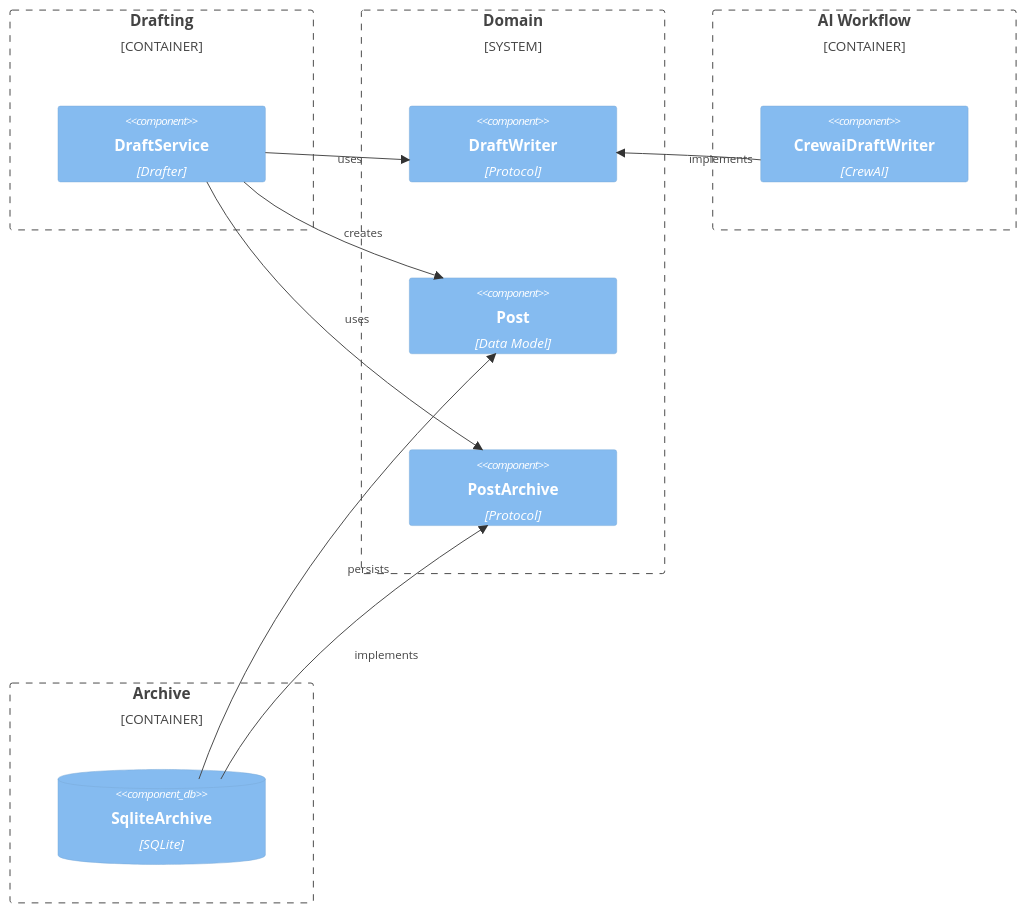
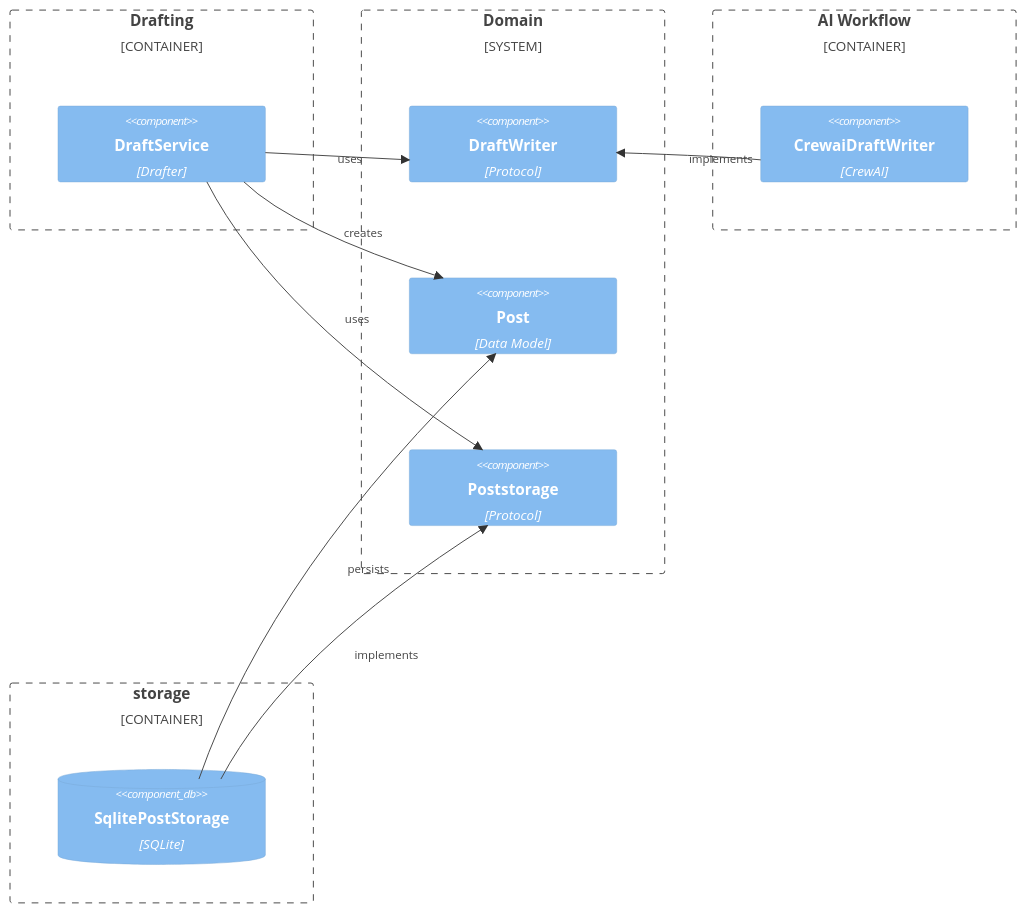
Before and after one commit to ADarko22/linkedin-idea-to-post: the first of 3 diagrams in src/linkedin_idea_to_post/README.md, drawn with Mermaid. The commit also changed other lines of this file and 20 other files, not shown here.

Commit message:
Rename archive module to persistence; Rename PostArchive protocol to PostStorage and propagate to implementation; Separate database configuration and schema sql

````diff
--- a/src/linkedin_idea_to_post/README.md
+++ b/src/linkedin_idea_to_post/README.md
@@ -7,27 +7,27 @@
 ```mermaid
 C4Component
     Container_Boundary(draft_b, "Drafting") {
         Component(drafter, "DraftService", "Drafter")
     }
 
     System_Boundary(domain_b, "Domain") {
         Component(writer_p, "DraftWriter", "Protocol")
         Component(post_m, "Post", "Data Model")
-        Component(archive_p, "PostArchive", "Protocol")
+        Component(storage_p, "Poststorage", "Protocol")
     }
 
     Container_Boundary(workflow_b, "AI Workflow") {
         Component(writer, "CrewaiDraftWriter", "CrewAI")
     }
-    Container_Boundary(archive_b, "Archive") {
-        ComponentDb(archive, "SqliteArchive", "SQLite")
+    Container_Boundary(storage_b, "storage") {
+        ComponentDb(storage, "SqlitePostStorage", "SQLite")
     }
 
     Rel_R(drafter, writer_p, "uses")
     Rel_R(drafter, post_m, "creates")
-    Rel_R(drafter, archive_p, "uses")
+    Rel_R(drafter, storage_p, "uses")
     Rel_L(writer, writer_p, "implements")
-    Rel_L(archive, post_m, "persists")
-    Rel_L(archive, archive_p, "implements")
+    Rel_L(storage, post_m, "persists")
+    Rel_L(storage, storage_p, "implements")
     UpdateLayoutConfig($c4ShapeInRow="1", $c4BoundaryInRow="3")
 ```
````
